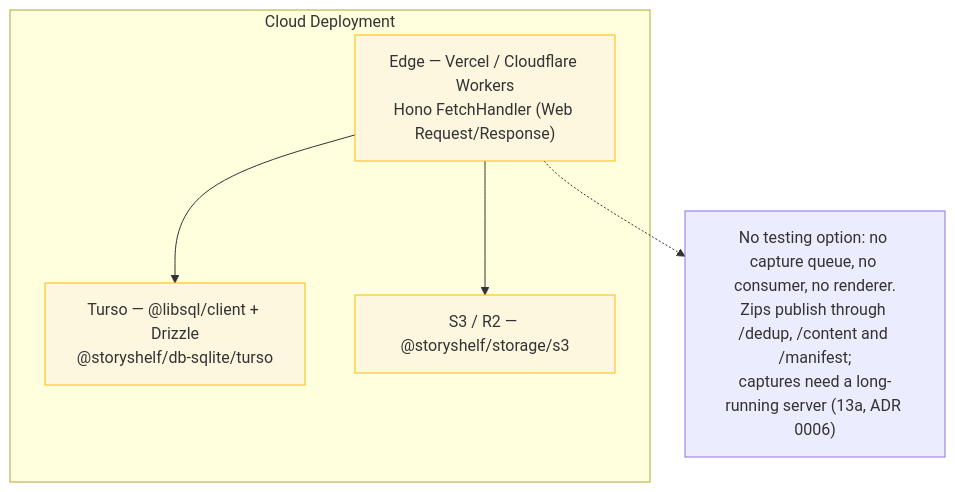
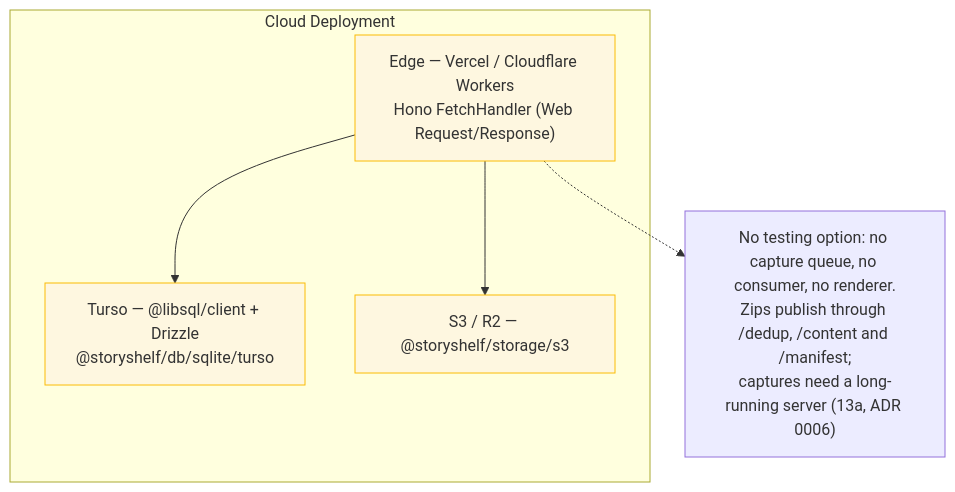
Before and after one commit to GuptaSiddhant/StoryShelf: diagram 15 of 18 in docs/architecture-diagrams.md, drawn with Mermaid. The commit also changed other lines of this file and 402 other files, not shown here.

````diff
--- a/docs/architecture-diagrams.md
+++ b/docs/architecture-diagrams.md
@@ -788,17 +788,17 @@
 ```mermaid
 flowchart TB
     subgraph Cloud["Cloud Deployment"]
         Edge["Edge — Vercel / Cloudflare Workers<br/>Hono FetchHandler (Web Request/Response)"]
-        Turso["Turso — @libsql/client + Drizzle<br/>@storyshelf/db-sqlite/turso"]
+        Turso["Turso — @libsql/client + Drizzle<br/>@storyshelf/db/sqlite/turso"]
         S3["S3 / R2 — @storyshelf/storage/s3"]
     end
 
     Edge --> Turso
     Edge --> S3
 
     note2["No testing option: no capture queue, no consumer, no renderer.<br/>Zips publish through /dedup, /content and /manifest;<br/>captures need a long-running server (13a, ADR 0006)"]
     Edge -.-> note2
 
     classDef cloud fill:#fef7e0,stroke:#fbbc04;
     class Edge,Turso,S3 cloud;
 ```
````
